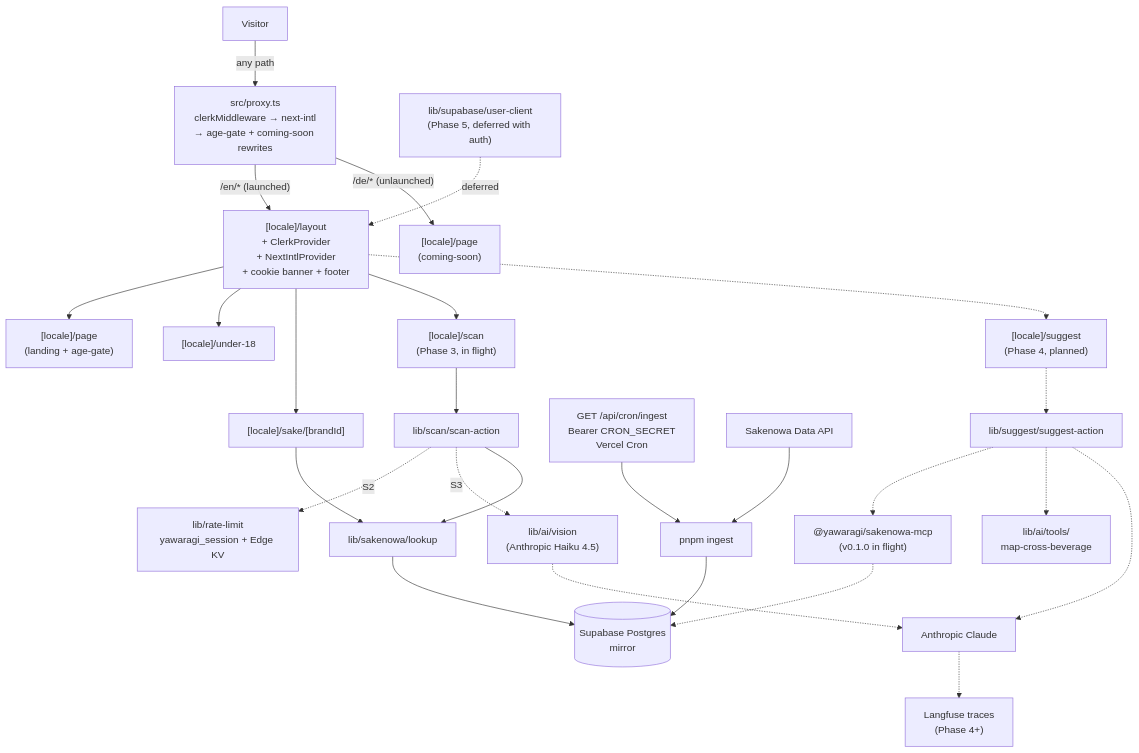
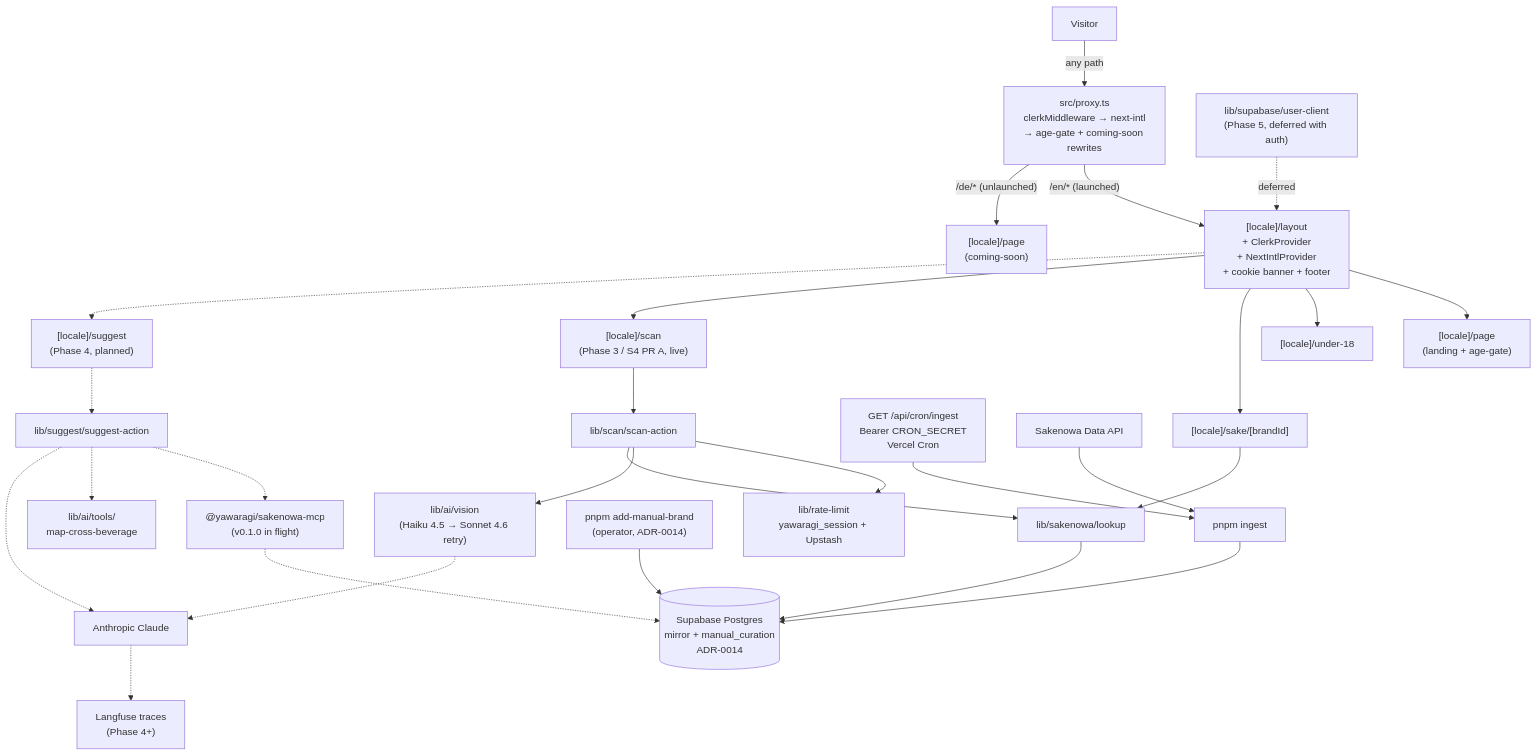
One commit to yawaragi-dev/yawaragi changed the diagram in README.md. Above: the diagram before and after it, drawn with Mermaid. The commit also changed other lines of this file and 2 other files, not shown here.

First paragraph of the commit message:
docs+chore: post-S4-PR-A drift fixes + mobile-layout-bug-repro skill
Pre-handoff retro caught three stale references on main after the
PR #128 / #132 merge train. Inline fixes:

````diff
--- a/README.md
+++ b/README.md
@@ -37,28 +37,29 @@
 ```mermaid
 flowchart TD
   V[Visitor] -->|"any path"| P["src/proxy.ts<br/>clerkMiddleware → next-intl<br/>→ age-gate + coming-soon rewrites"]
   P -->|"/en/* (launched)"| LL["[locale]/layout<br/>+ ClerkProvider<br/>+ NextIntlProvider<br/>+ cookie banner + footer"]
   P -->|"/de/* (unlaunched)"| CS["[locale]/page<br/>(coming-soon)"]
   LL --> Landing["[locale]/page<br/>(landing + age-gate)"]
   LL --> Under18["[locale]/under-18"]
   LL --> Sake["[locale]/sake/[brandId]"]
-  LL --> Scan["[locale]/scan<br/>(Phase 3, in flight)"]
+  LL --> Scan["[locale]/scan<br/>(Phase 3 / S4 PR A, live)"]
   Scan --> ScanAction["lib/scan/scan-action"]
-  ScanAction -.->|"S2"| RateLimit["lib/rate-limit<br/>yawaragi_session + Edge KV"]
-  ScanAction -.->|"S3"| Vision["lib/ai/vision<br/>(Anthropic Haiku 4.5)"]
+  ScanAction --> RateLimit["lib/rate-limit<br/>yawaragi_session + Upstash"]
+  ScanAction --> Vision["lib/ai/vision<br/>(Haiku 4.5 → Sonnet 4.6 retry)"]
   ScanAction --> Lookup
   Sake --> Lookup["lib/sakenowa/lookup"]
-  Lookup --> DB[("Supabase Postgres<br/>mirror")]
+  Lookup --> DB[("Supabase Postgres<br/>mirror + manual_curation<br/>ADR-0014")]
   Ingest["pnpm ingest"] --> DB
+  Manual["pnpm add-manual-brand<br/>(operator, ADR-0014)"] --> DB
   CronRoute["GET /api/cron/ingest<br/>Bearer CRON_SECRET<br/>Vercel Cron"] --> Ingest
   Sakenowa["Sakenowa Data API"] --> Ingest
   LL -.-> Suggest["[locale]/suggest<br/>(Phase 4, planned)"]
   Suggest -.-> SuggestAction["lib/suggest/suggest-action"]
   SuggestAction -.-> MCP["@yawaragi/sakenowa-mcp<br/>(v0.1.0 in flight)"]
   SuggestAction -.-> CrossBev["lib/ai/tools/<br/>map-cross-beverage"]
   SuggestAction -.-> Anthropic
   Vision -.-> Anthropic["Anthropic Claude"]
   MCP -.-> DB
   Anthropic -.-> Trace["Langfuse traces<br/>(Phase 4+)"]
   UC["lib/supabase/user-client<br/>(Phase 5, deferred with auth)"] -.->|"deferred"| LL
 ```
````
